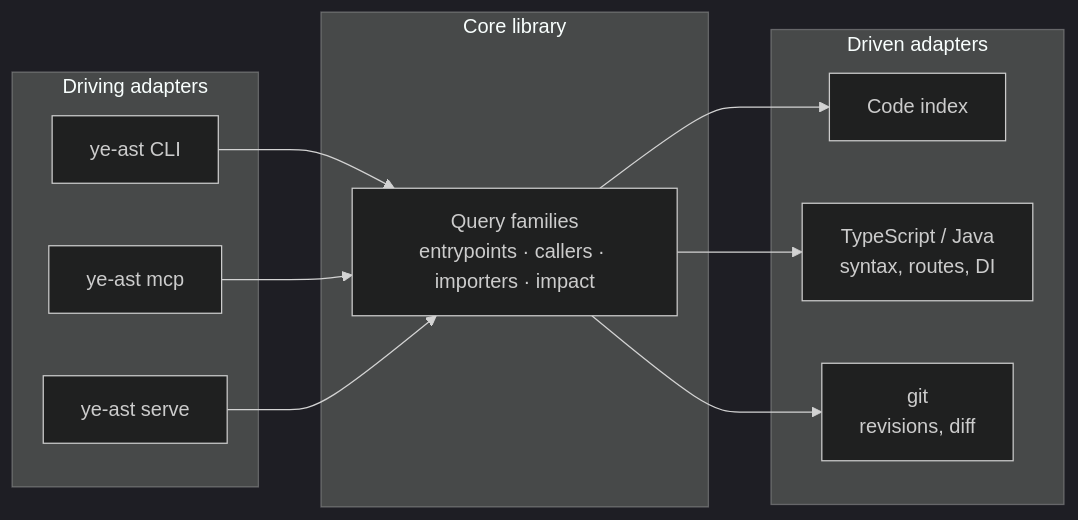
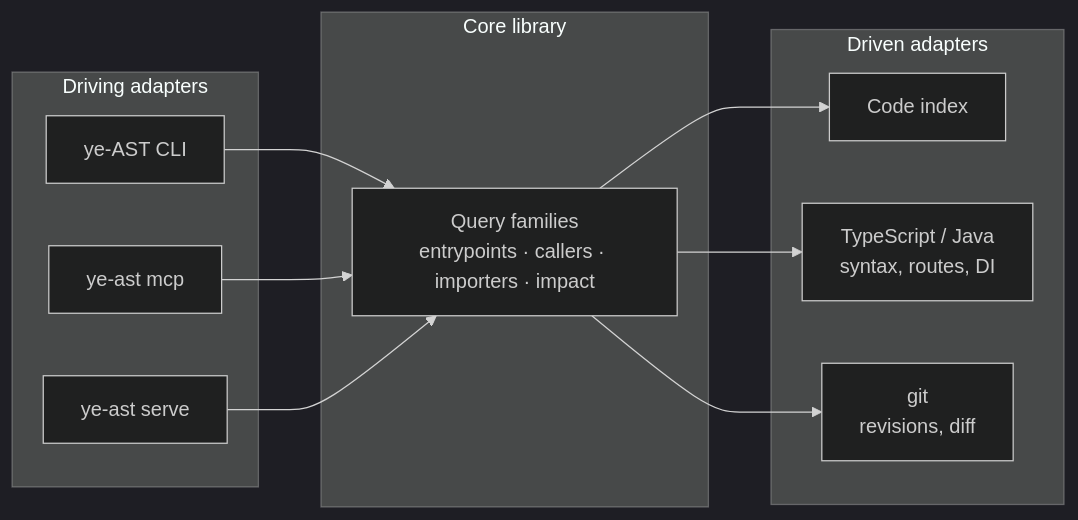
The third of 3 diagrams in README.md (ArielFalcon/ye-ast), drawn with Mermaid (dark theme) before and after one commit. The commit also changed other lines of this file and 7 other files, not shown here.

````diff
--- a/README.md
+++ b/README.md
@@ -659,22 +659,22 @@
 ```mermaid
 flowchart LR
     subgraph Entry["Driving adapters"]
-        CLI["ye-ast CLI"]
+        CLI["ye-AST CLI"]
         MCP["ye-ast mcp"]
         PROTO["ye-ast serve"]
     end
     subgraph Core["Core library"]
         UC["Query families<br/>entrypoints · callers · importers · impact"]
     end
     subgraph Tech["Driven adapters"]
         IDX["Code index"]
         LANG["TypeScript / Java<br/>syntax, routes, DI"]
         GIT["git<br/>revisions, diff"]
     end
     CLI --> UC
     MCP --> UC
     PROTO --> UC
     UC --> IDX
     UC --> LANG
     UC --> GIT
 ```
````
